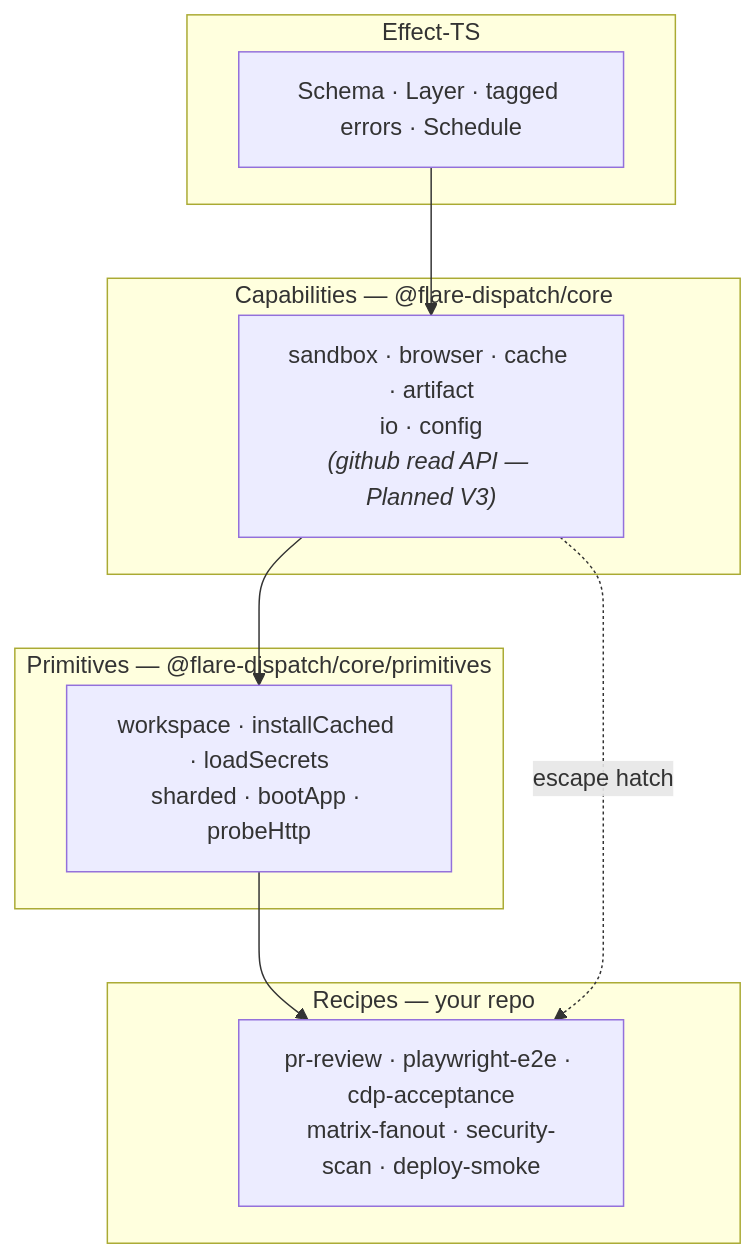
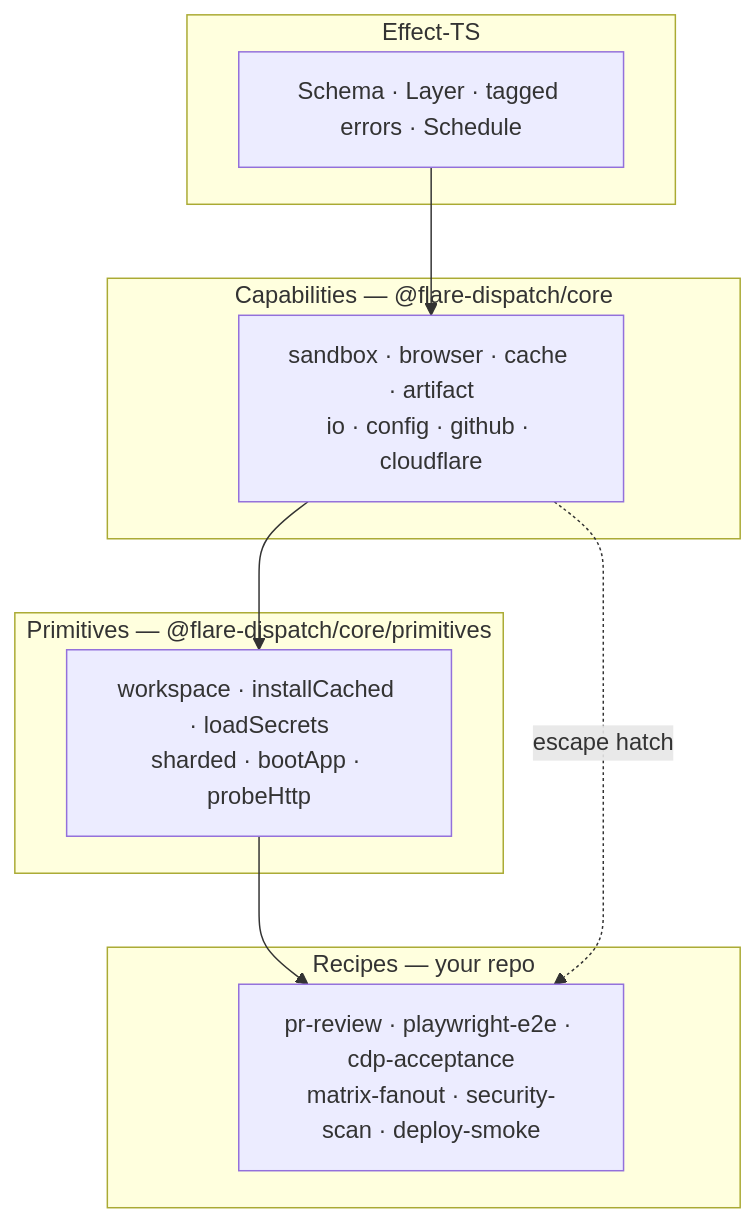
Before and after one commit to OpenHackersClub/flare-dispatch: the diagram in specs/03-dsl.md, drawn with Mermaid. The commit also changed other lines of this file and 2 other files, not shown here.

````diff
--- a/specs/03-dsl.md
+++ b/specs/03-dsl.md
@@ -9,19 +9,19 @@
 ```mermaid
 flowchart TB
   subgraph L0[Effect-TS]
     EFF[Schema · Layer · tagged errors · Schedule]
   end
   subgraph L1[Capabilities — @flare-dispatch/core]
-    CAP["sandbox · browser · cache · artifact<br/>io · config<br/><i>(github read API — Planned V3)</i>"]
+    CAP["sandbox · browser · cache · artifact<br/>io · config · github · cloudflare"]
   end
   subgraph L2[Primitives — @flare-dispatch/core/primitives]
     PRIM["workspace · installCached · loadSecrets<br/>sharded · bootApp · probeHttp"]
   end
   subgraph L3[Recipes — your repo]
     REC["pr-review · playwright-e2e · cdp-acceptance<br/>matrix-fanout · security-scan · deploy-smoke"]
   end
   EFF --> CAP
   CAP --> PRIM
   PRIM --> REC
   CAP -.->|escape hatch| REC
 ```
````
